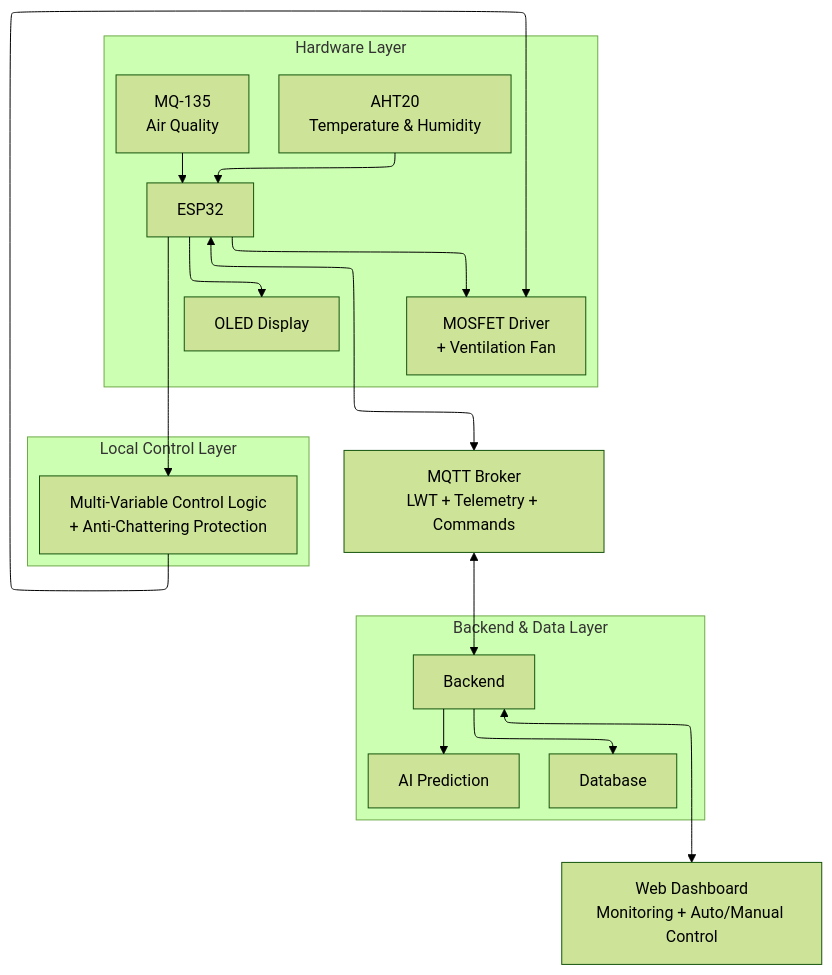
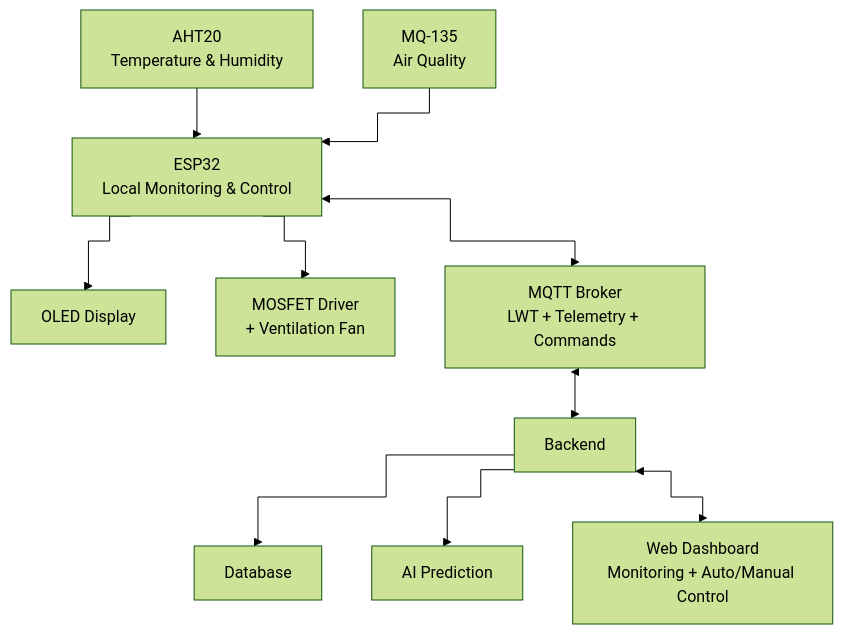
Before and after one commit to nguyenphilanh3706-a11y/Design-and-Implementation-Smart-Indoor-Environment-Monitoring-and-Climate-Control-System: the diagram in README.md, drawn with Mermaid (forest theme).

Commit message:
Topic description

````diff
--- a/README.md
+++ b/README.md
@@ -28,46 +28,35 @@
 ```mermaid
-
-%%{init: {"flowchart": {"defaultRenderer": "elk"}} }%%
+%%{init: {"flowchart": {"curve": "step"}} }%%
 flowchart TB
 
-    subgraph HW["Hardware Layer"]
-        direction LR
+    AHT["AHT20<br/>Temperature & Humidity"]
+    MQ["MQ-135<br/>Air Quality"]
 
-        AHT["AHT20<br/>Temperature & Humidity"]
-        ESP["ESP32"]
-        MQ["MQ-135<br/>Air Quality"]
+    ESP["ESP32<br/>Local Monitoring & Control"]
 
-        AHT --> ESP
-        MQ --> ESP
-
-        ESP --> OLED["OLED Display"]
-        ESP --> FAN["MOSFET Driver<br/>+ Ventilation Fan"]
-    end
-
-    subgraph LOCAL["Local Control Layer"]
-        CONTROL["Multi-Variable Control Logic<br/>+ Anti-Chattering Protection"]
-    end
+    OLED["OLED Display"]
+    FAN["MOSFET Driver<br/>+ Ventilation Fan"]
 
     BROKER["MQTT Broker<br/>LWT + Telemetry + Commands"]
 
-    subgraph CLOUD["Backend & Data Layer"]
-        direction LR
-
-        DB["Database"]
-        BACKEND["Backend"]
-        AI["AI Prediction"]
-
-        BACKEND --> DB
-        BACKEND --> AI
-    end
+    BACKEND["Backend"]
+    DB["Database"]
+    AI["AI Prediction"]
 
     WEB["Web Dashboard<br/>Monitoring + Auto/Manual Control"]
 
-    ESP --> CONTROL
-    CONTROL --> FAN
+    AHT --> ESP
+    MQ --> ESP
+
+    ESP --> OLED
+    ESP --> FAN
 
     ESP <--> BROKER
+
     BROKER <--> BACKEND
+
+    BACKEND --> DB
+    BACKEND --> AI
 
     BACKEND <--> WEB
 ```
````
